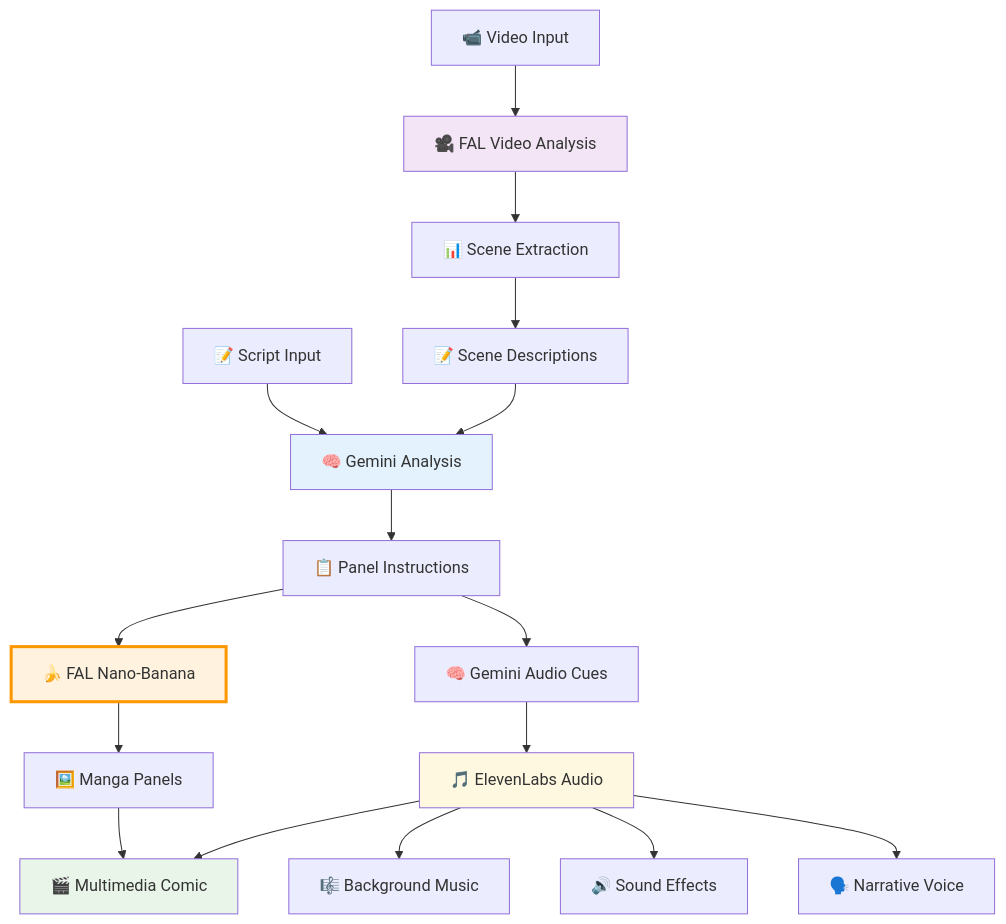
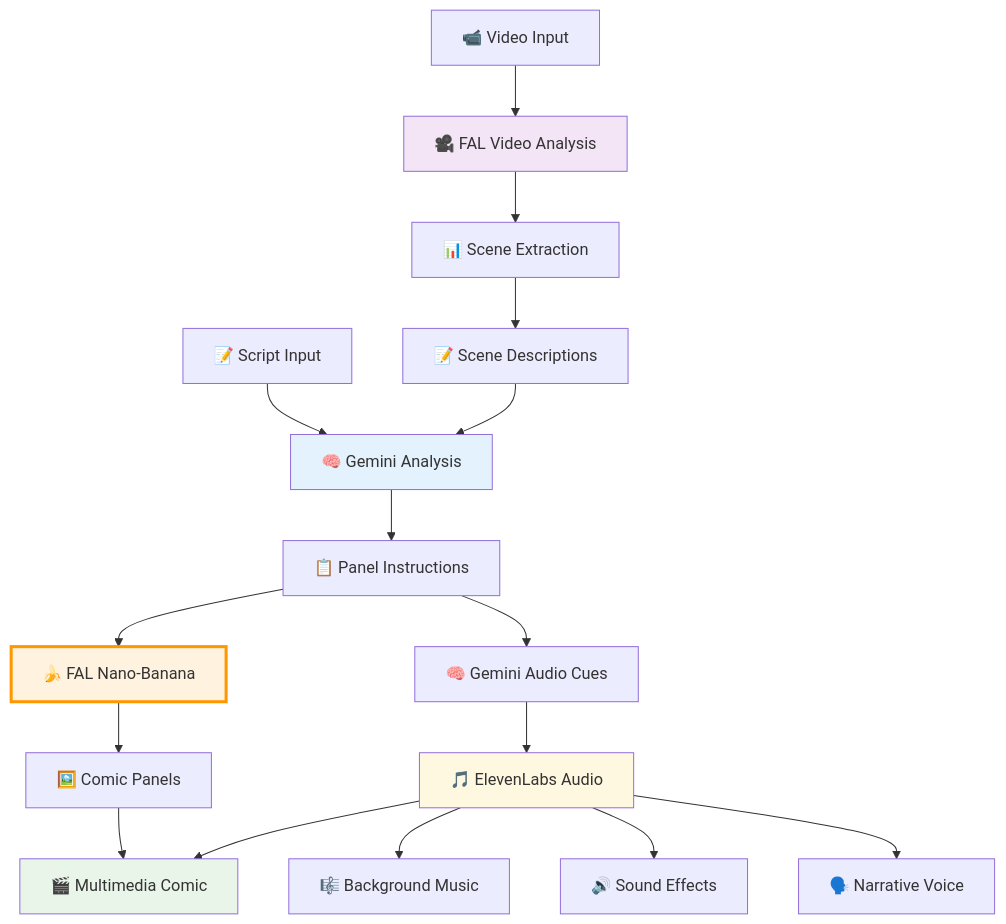
Before and after one commit to joewhaley/cinemanga: the first of 2 diagrams in README.md, drawn with Mermaid. The commit also changed other lines of this file, not shown here.

````diff
--- a/README.md
+++ b/README.md
@@ -16,28 +16,28 @@
 ```mermaid
 graph TD
     A[📝 Script Input] --> B[🧠 Gemini Analysis]
     B --> C[📋 Panel Instructions]
     C --> D[🍌 FAL Nano-Banana]
-    D --> E[🖼️ Manga Panels]
+    D --> E[🖼️ Comic Panels]
     
     C --> F[🧠 Gemini Audio Cues]
     F --> G[🎵 ElevenLabs Audio]
     
     H[📹 Video Input] --> I[🎥 FAL Video Analysis]
     I --> J[📊 Scene Extraction]
     J --> K[📝 Scene Descriptions]
     K --> B
     
     E --> L[🎬 Multimedia Comic]
     G --> L
     
     G --> G1[🎼 Background Music]
     G --> G2[🔊 Sound Effects]
     G --> G3[🗣️ Narrative Voice]
     
     style D fill:#fff3e0,stroke:#ff9800,stroke-width:3px
     style B fill:#e3f2fd
     style G fill:#fff8e1
     style L fill:#e8f5e8
     style I fill:#f3e5f5
 ```
````
